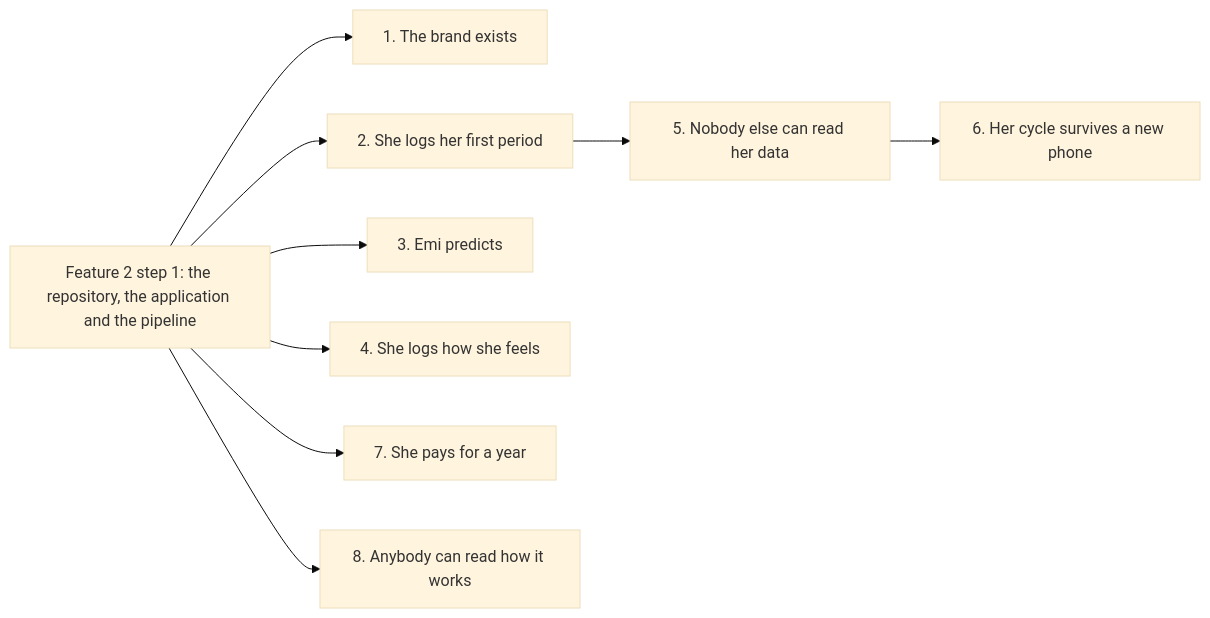
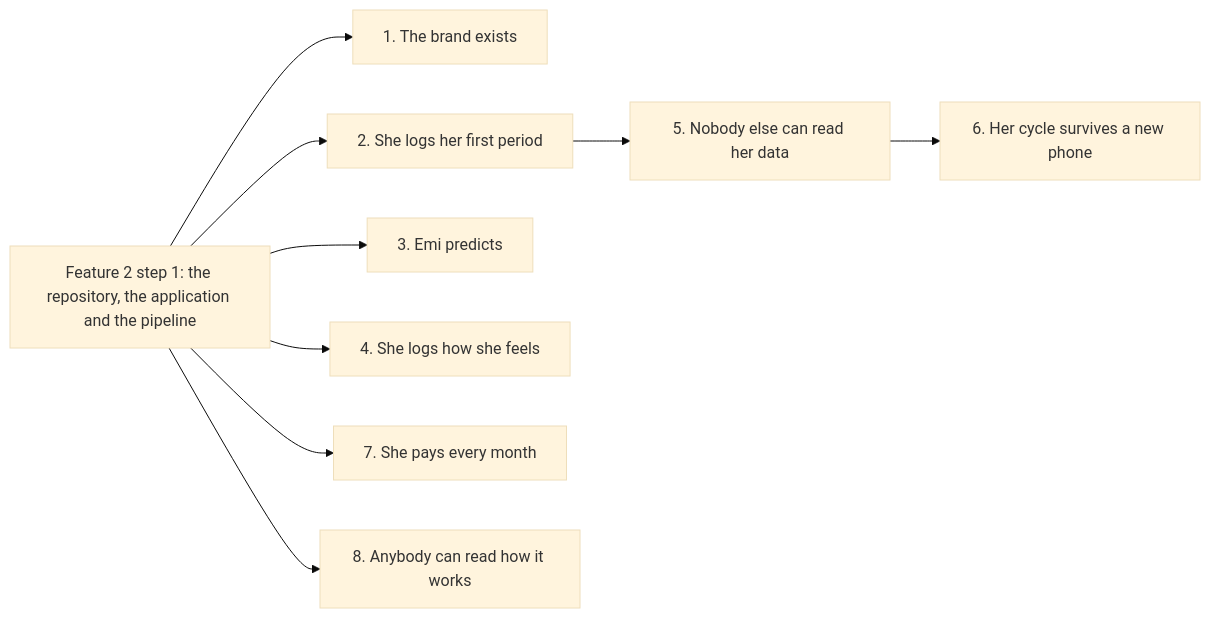
The diagram in docs/features.md (atlantic-blue/emi), drawn with Mermaid (base theme) before and after one commit. The commit also changed other lines of this file and 12 other files, not shown here.

````diff
--- a/docs/features.md
+++ b/docs/features.md
@@ -26,12 +26,12 @@
 ```mermaid
 flowchart LR
   S["Feature 2 step 1: the repository, the application and the pipeline"]
   S --> F1["1. The brand exists"]
   S --> F2["2. She logs her first period"]
   S --> F3["3. Emi predicts"]
   S --> F4["4. She logs how she feels"]
-  S --> F7["7. She pays for a year"]
+  S --> F7["7. She pays every month"]
   S --> F8["8. Anybody can read how it works"]
   F2 --> F5["5. Nobody else can read her data"]
   F5 --> F6["6. Her cycle survives a new phone"]
 ```
````
